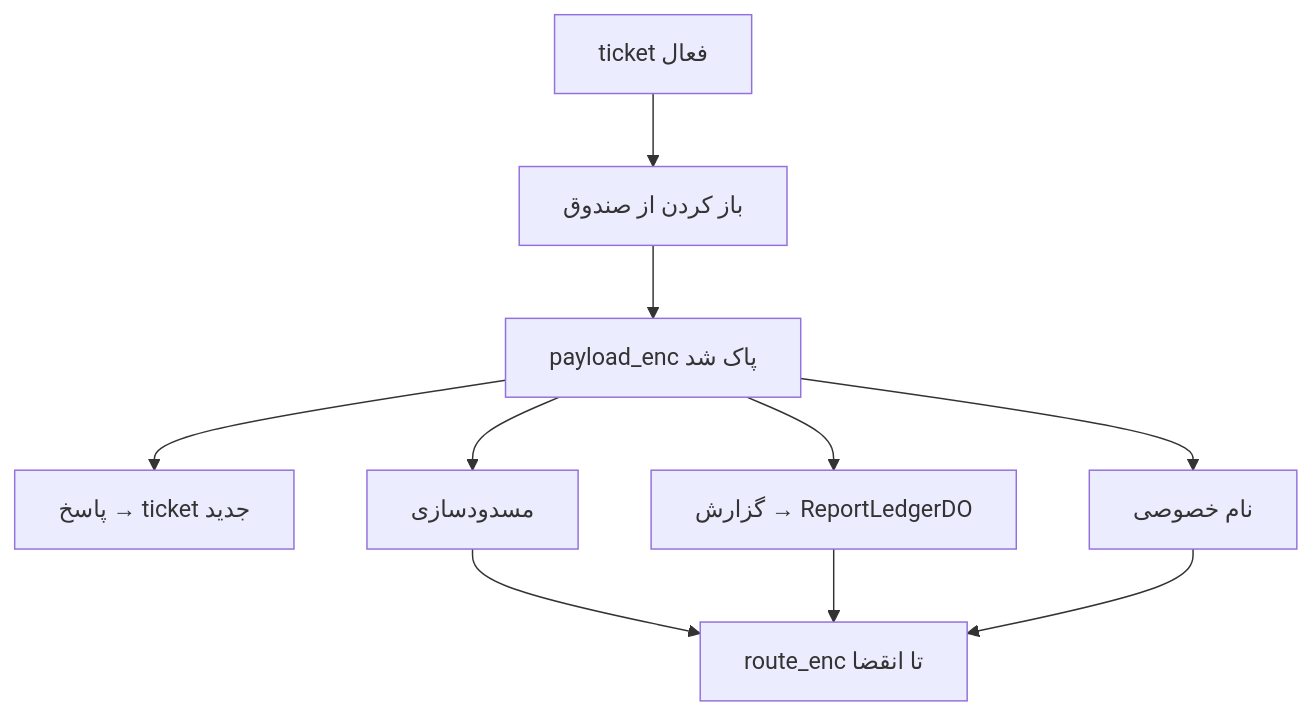
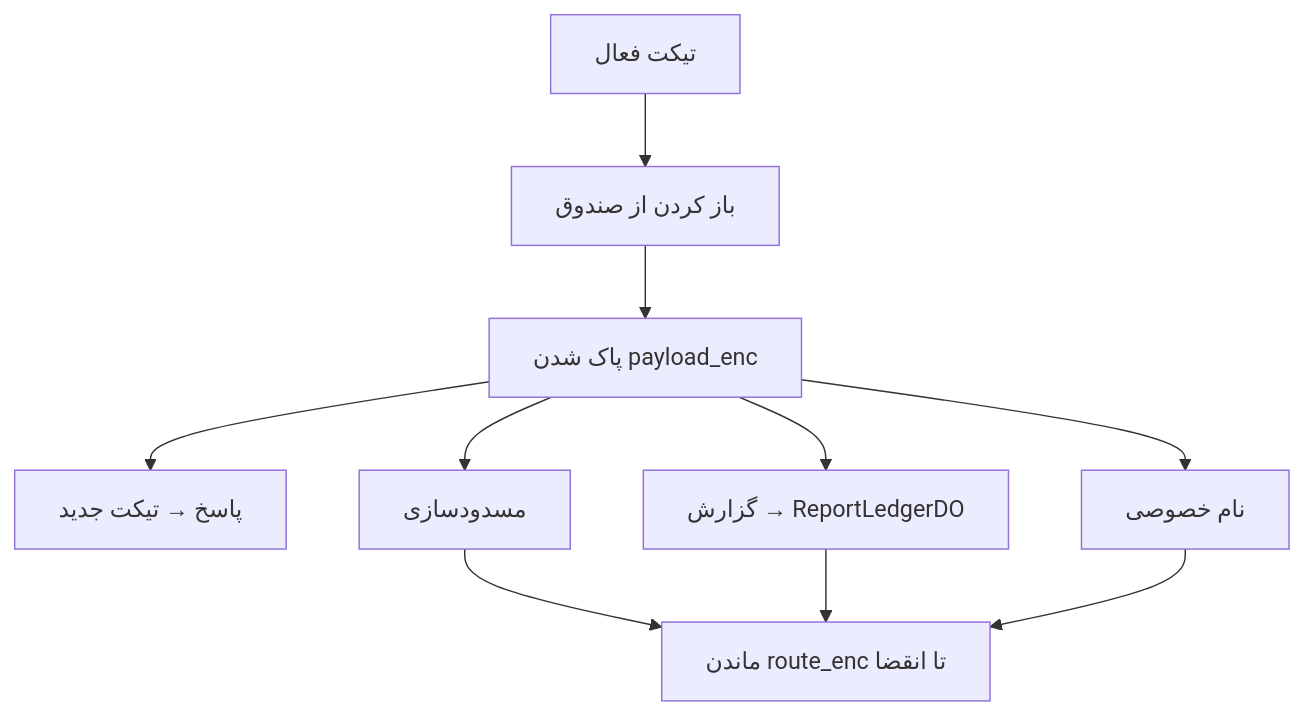
One commit to mohetios/mohetios.dev changed the fifth of 10 diagrams in content/fa/lab/nekonymous-anonymous-messaging-technical-lab.md. Above: the diagram before and after it, drawn with Mermaid. The commit also changed other lines of this file and 8 other files, not shown here.

````diff
--- a/content/fa/lab/nekonymous-anonymous-messaging-technical-lab.md
+++ b/content/fa/lab/nekonymous-anonymous-messaging-technical-lab.md
@@ -255,12 +255,12 @@
 ```mermaid
 flowchart TD
-  Pending[ticket فعال] --> Open[باز کردن از صندوق]
-  Open --> Delivered[payload_enc پاک شد]
-  Delivered --> Reply[پاسخ → ticket جدید]
+  Pending[تیکت فعال] --> Open[باز کردن از صندوق]
+  Open --> Delivered[پاک شدن payload_enc]
+  Delivered --> Reply[پاسخ → تیکت جدید]
   Delivered --> Block[مسدودسازی]
   Delivered --> Report[گزارش → ReportLedgerDO]
   Delivered --> Nickname[نام خصوصی]
-  Block --> RouteKept[route_enc تا انقضا]
+  Block --> RouteKept[ماندن route_enc تا انقضا]
   Report --> RouteKept
   Nickname --> RouteKept
 ```
````
